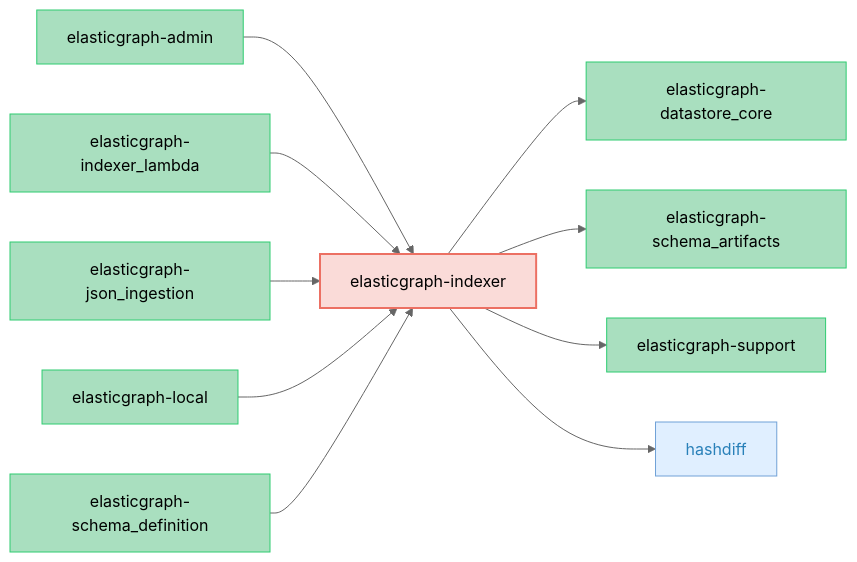
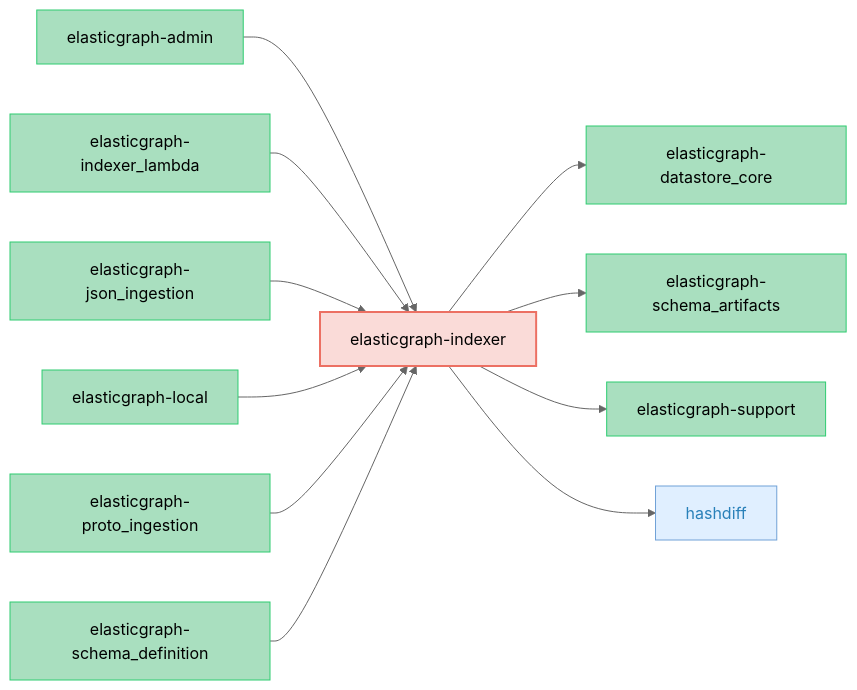
One commit to block/elasticgraph changed the diagram in elasticgraph-indexer/README.md. Above: the diagram before and after it, drawn with Mermaid (neutral theme). The commit also changed 8 other files, not shown here.

````diff
--- a/elasticgraph-indexer/README.md
+++ b/elasticgraph-indexer/README.md
@@ -7,36 +7,39 @@
 ```mermaid
 graph LR;
     classDef targetGemStyle fill:#FADBD8,stroke:#EC7063,color:#000,stroke-width:2px;
     classDef otherEgGemStyle fill:#A9DFBF,stroke:#2ECC71,color:#000;
     classDef externalGemStyle fill:#E0EFFF,stroke:#70A1D7,color:#2980B9;
     elasticgraph-indexer["elasticgraph-indexer"];
     class elasticgraph-indexer targetGemStyle;
     elasticgraph-datastore_core["elasticgraph-datastore_core"];
     elasticgraph-indexer --> elasticgraph-datastore_core;
     class elasticgraph-datastore_core otherEgGemStyle;
     elasticgraph-schema_artifacts["elasticgraph-schema_artifacts"];
     elasticgraph-indexer --> elasticgraph-schema_artifacts;
     class elasticgraph-schema_artifacts otherEgGemStyle;
     elasticgraph-support["elasticgraph-support"];
     elasticgraph-indexer --> elasticgraph-support;
     class elasticgraph-support otherEgGemStyle;
     hashdiff["hashdiff"];
     elasticgraph-indexer --> hashdiff;
     class hashdiff externalGemStyle;
     elasticgraph-admin["elasticgraph-admin"];
     elasticgraph-admin --> elasticgraph-indexer;
     class elasticgraph-admin otherEgGemStyle;
     elasticgraph-indexer_lambda["elasticgraph-indexer_lambda"];
     elasticgraph-indexer_lambda --> elasticgraph-indexer;
     class elasticgraph-indexer_lambda otherEgGemStyle;
     elasticgraph-json_ingestion["elasticgraph-json_ingestion"];
     elasticgraph-json_ingestion --> elasticgraph-indexer;
     class elasticgraph-json_ingestion otherEgGemStyle;
     elasticgraph-local["elasticgraph-local"];
     elasticgraph-local --> elasticgraph-indexer;
     class elasticgraph-local otherEgGemStyle;
+    elasticgraph-proto_ingestion["elasticgraph-proto_ingestion"];
+    elasticgraph-proto_ingestion --> elasticgraph-indexer;
+    class elasticgraph-proto_ingestion otherEgGemStyle;
     elasticgraph-schema_definition["elasticgraph-schema_definition"];
     elasticgraph-schema_definition --> elasticgraph-indexer;
     class elasticgraph-schema_definition otherEgGemStyle;
     click hashdiff href "https://rubygems.org/gems/hashdiff" "Open on RubyGems.org" _blank;
 ```
````
